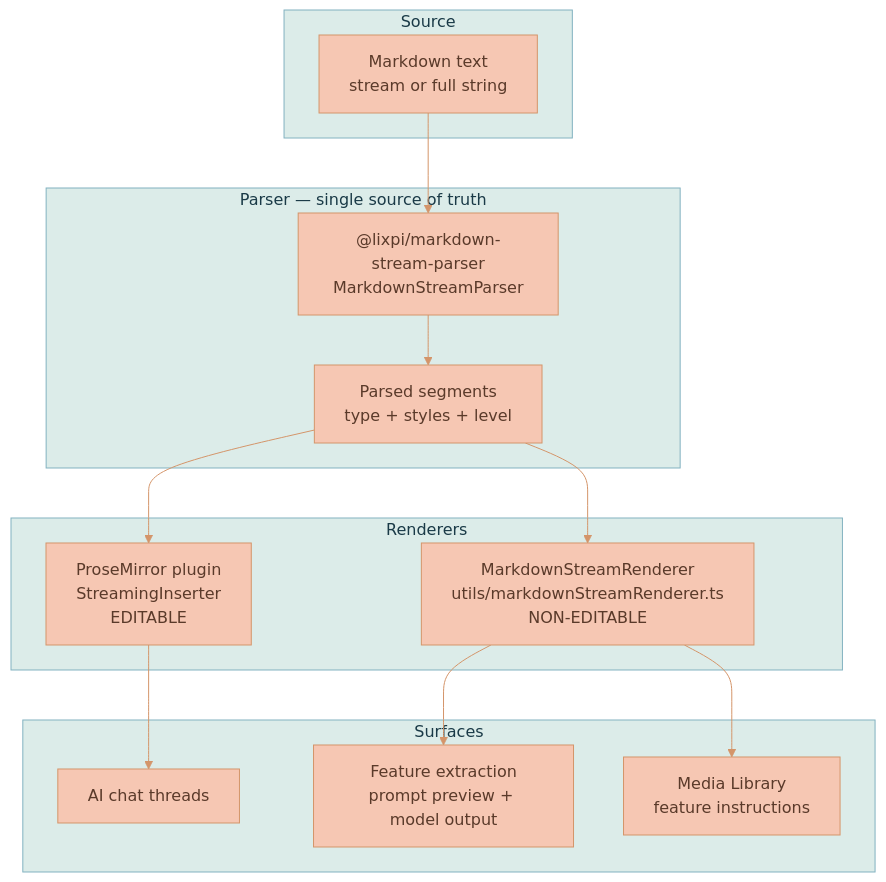
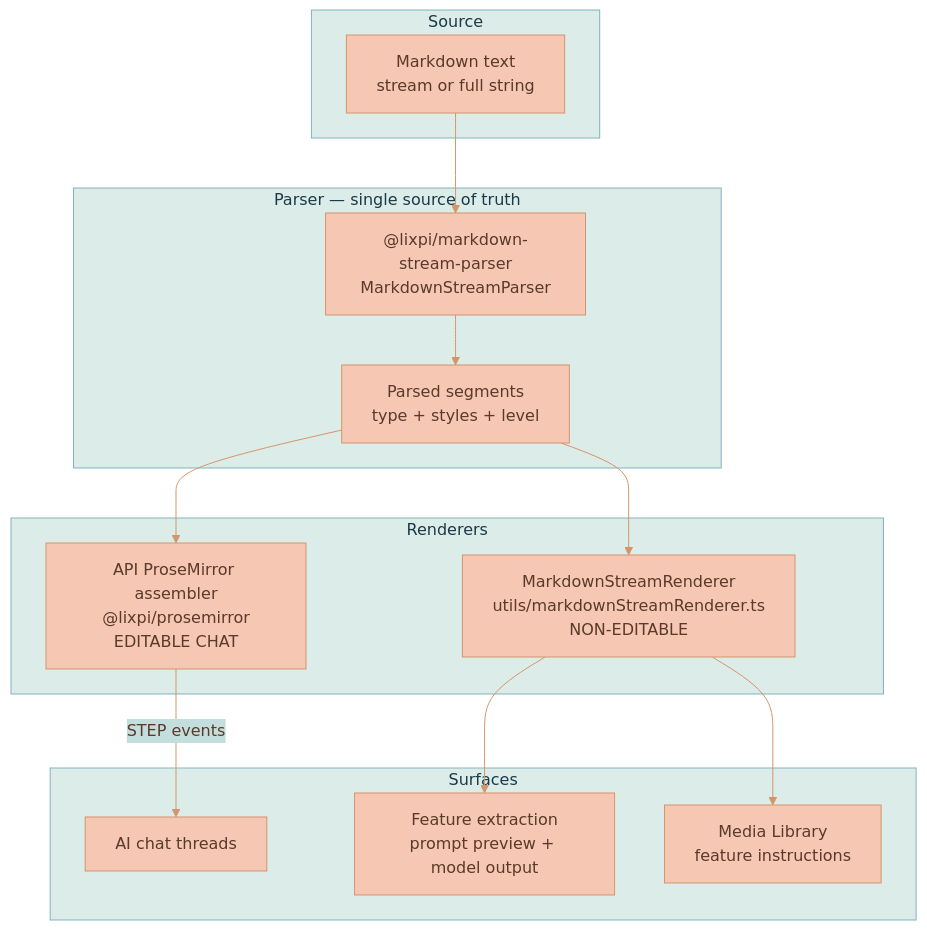
The diagram in documentation/conventions/MARKDOWN-RENDERING.md (Lixpi/lixpi), drawn with Mermaid before and after one commit. The commit also changed other lines of this file and 61 other files, not shown here.

````diff
--- a/documentation/conventions/MARKDOWN-RENDERING.md
+++ b/documentation/conventions/MARKDOWN-RENDERING.md
@@ -20,31 +23,31 @@
 ```mermaid
 %%{init: {'theme': 'base', 'themeVariables': { 'primaryColor': '#F6C7B3', 'primaryTextColor': '#5a3a2a', 'primaryBorderColor': '#d4956a', 'secondaryColor': '#C3DEDD', 'secondaryTextColor': '#1a3a47', 'secondaryBorderColor': '#4a8a9d', 'tertiaryColor': '#DCECE9', 'tertiaryTextColor': '#1a3a47', 'tertiaryBorderColor': '#82B2C0', 'lineColor': '#d4956a', 'textColor': '#5a3a2a'}}}%%
 graph TB
     subgraph "Source"
         MD[Markdown text<br/>stream or full string]
     end
 
     subgraph "Parser — single source of truth"
         Parser["@lixpi/markdown-stream-parser<br/>MarkdownStreamParser"]
         Seg[Parsed segments<br/>type + styles + level]
     end
 
     subgraph "Renderers"
-        PM[ProseMirror plugin<br/>StreamingInserter<br/>EDITABLE]
+        PM[API ProseMirror assembler<br/>@lixpi/prosemirror<br/>EDITABLE CHAT]
         Unified[MarkdownStreamRenderer<br/>utils/markdownStreamRenderer.ts<br/>NON-EDITABLE]
     end
 
     subgraph "Surfaces"
         Chat[AI chat threads]
         Ext[Feature extraction<br/>prompt preview + model output]
         Lib[Media Library<br/>feature instructions]
     end
 
     MD --> Parser
     Parser --> Seg
     Seg --> PM
     Seg --> Unified
-    PM --> Chat
+    PM -->|STEP events| Chat
     Unified --> Ext
     Unified --> Lib
 ```
````
